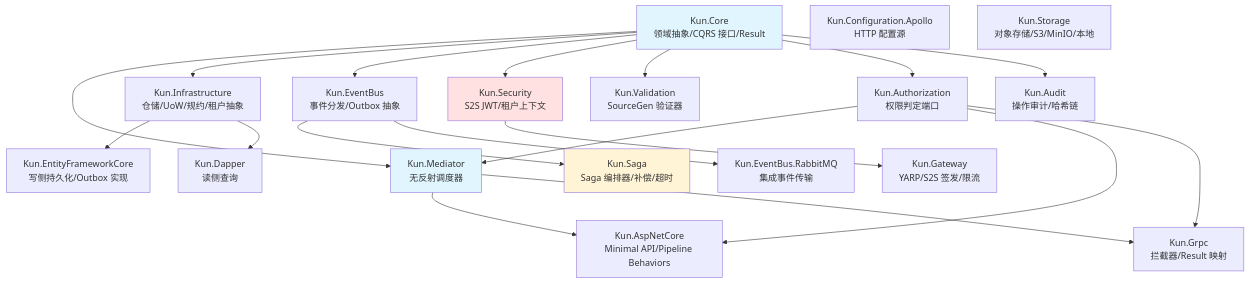
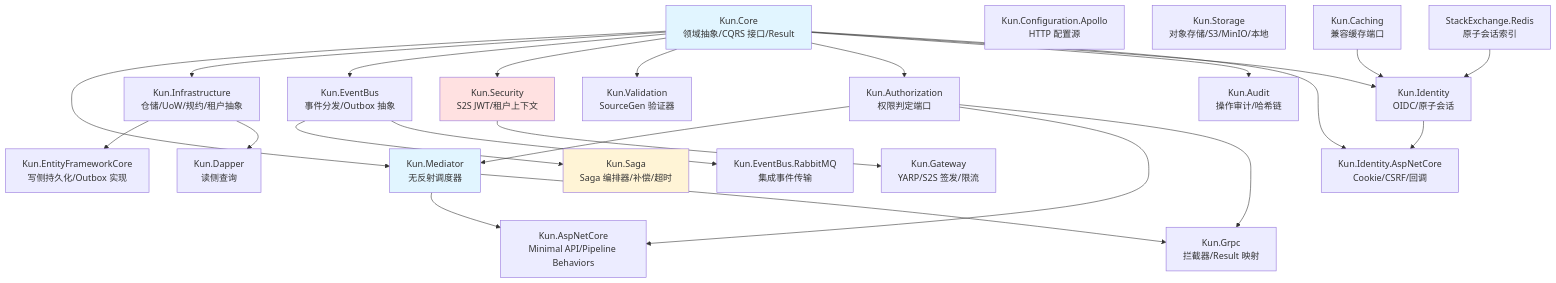
The diagram in docs/architecture/module-map.md (idadawn/kun), drawn with Mermaid before and after one commit. The commit also changed other lines of this file and 85 other files, not shown here.

Commit message:
fix(identity): 打通安全客户端与规范 S2S 边界 [S1-KUN-004]

````diff
--- a/docs/architecture/module-map.md
+++ b/docs/architecture/module-map.md
@@ -95,32 +95,37 @@
 ```mermaid
 graph TD
     Core[Kun.Core<br/>领域抽象/CQRS 接口/Result] --> Mediator[Kun.Mediator<br/>无反射调度器]
     Core --> Infra[Kun.Infrastructure<br/>仓储/UoW/规约/租户抽象]
     Core --> EventBus[Kun.EventBus<br/>事件分发/Outbox 抽象]
     Core --> Security[Kun.Security<br/>S2S JWT/租户上下文]
     Core --> Validation[Kun.Validation<br/>SourceGen 验证器]
     Core --> Authorization[Kun.Authorization<br/>权限判定端口]
     Authorization --> Mediator
     Authorization --> AspNet
     Authorization --> Grpc
     Apollo[Kun.Configuration.Apollo<br/>HTTP 配置源]
     Core --> Audit[Kun.Audit<br/>操作审计/哈希链]
 
     Infra --> EfCore[Kun.EntityFrameworkCore<br/>写侧持久化/Outbox 实现]
     Infra --> Dapper[Kun.Dapper<br/>读侧查询]
 
     EventBus --> Saga[Kun.Saga<br/>Saga 编排器/补偿/超时]
     EventBus --> RabbitMq[Kun.EventBus.RabbitMQ<br/>集成事件传输]
 
     Storage[Kun.Storage<br/>对象存储/S3/MinIO/本地]
 
     Mediator --> AspNet[Kun.AspNetCore<br/>Minimal API/Pipeline Behaviors]
     Mediator --> Grpc[Kun.Grpc<br/>拦截器/Result 映射]
 
     Security --> Gateway[Kun.Gateway<br/>YARP/S2S 签发/限流]
+    Core --> Identity[Kun.Identity<br/>OIDC/原子会话]
+    Caching[Kun.Caching<br/>兼容缓存端口] --> Identity
+    RedisClient[StackExchange.Redis<br/>原子会话索引] --> Identity
+    Identity --> IdentityWeb[Kun.Identity.AspNetCore<br/>Cookie/CSRF/回调]
+    Core --> IdentityWeb
 
     style Core fill:#e1f5ff
     style Mediator fill:#e1f5ff
     style Security fill:#ffe1e1
     style Saga fill:#fff4d6
 ```
````
